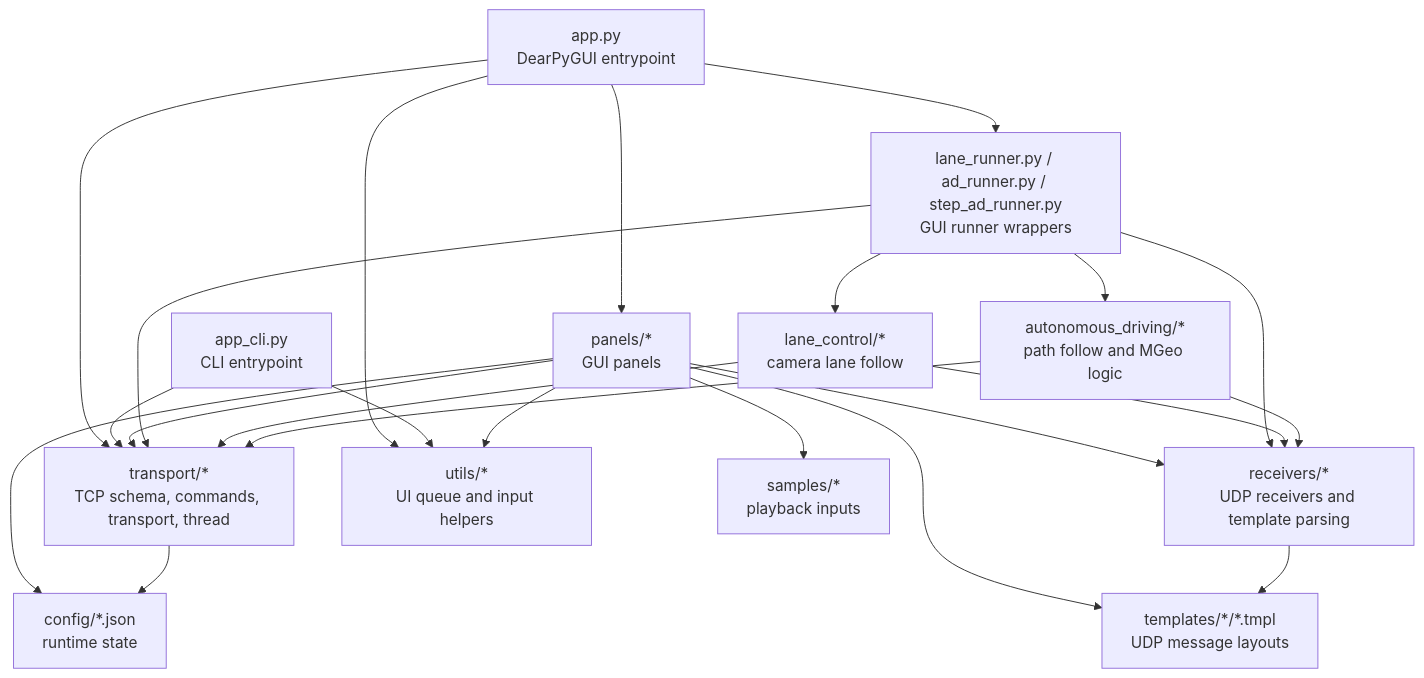
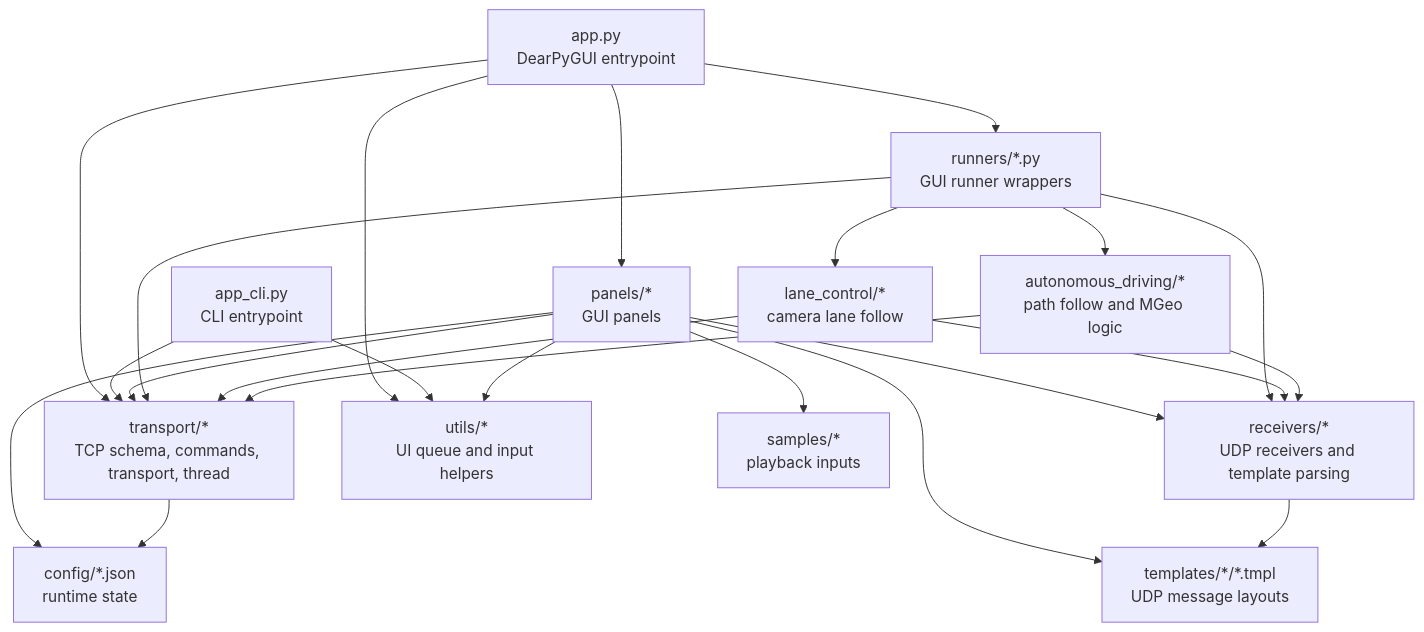
One commit to MORAI-Autonomous/MORAI-SimControl_v2.1 changed the first of 5 diagrams in docs/code-review-graph.md. Above: the diagram before and after it, drawn with Mermaid. The commit also changed other lines of this file and 8 other files, not shown here.

````diff
--- a/docs/code-review-graph.md
+++ b/docs/code-review-graph.md
@@ -8,43 +8,43 @@
 ```mermaid
 flowchart TD
     app["app.py<br/>DearPyGUI entrypoint"]
     cli["app_cli.py<br/>CLI entrypoint"]
 
     panels["panels/*<br/>GUI panels"]
-    runners["lane_runner.py / ad_runner.py / step_ad_runner.py<br/>GUI runner wrappers"]
+    runners["runners/*.py<br/>GUI runner wrappers"]
     transport["transport/*<br/>TCP schema, commands, transport, thread"]
     receivers["receivers/*<br/>UDP receivers and template parsing"]
     lane["lane_control/*<br/>camera lane follow"]
     ad["autonomous_driving/*<br/>path follow and MGeo logic"]
     utils["utils/*<br/>UI queue and input helpers"]
     templates["templates/*/*.tmpl<br/>UDP message layouts"]
     config["config/*.json<br/>runtime state"]
     samples["samples/*<br/>playback inputs"]
 
     app --> panels
     app --> runners
     app --> transport
     app --> utils
     cli --> transport
     cli --> utils
 
     panels --> transport
     panels --> receivers
     panels --> templates
     panels --> utils
     panels --> config
     panels --> samples
 
     runners --> lane
     runners --> ad
     runners --> transport
     runners --> receivers
 
     lane --> receivers
     lane --> transport
     ad --> transport
     ad --> receivers
 
     receivers --> templates
     transport --> config
 ```
````
